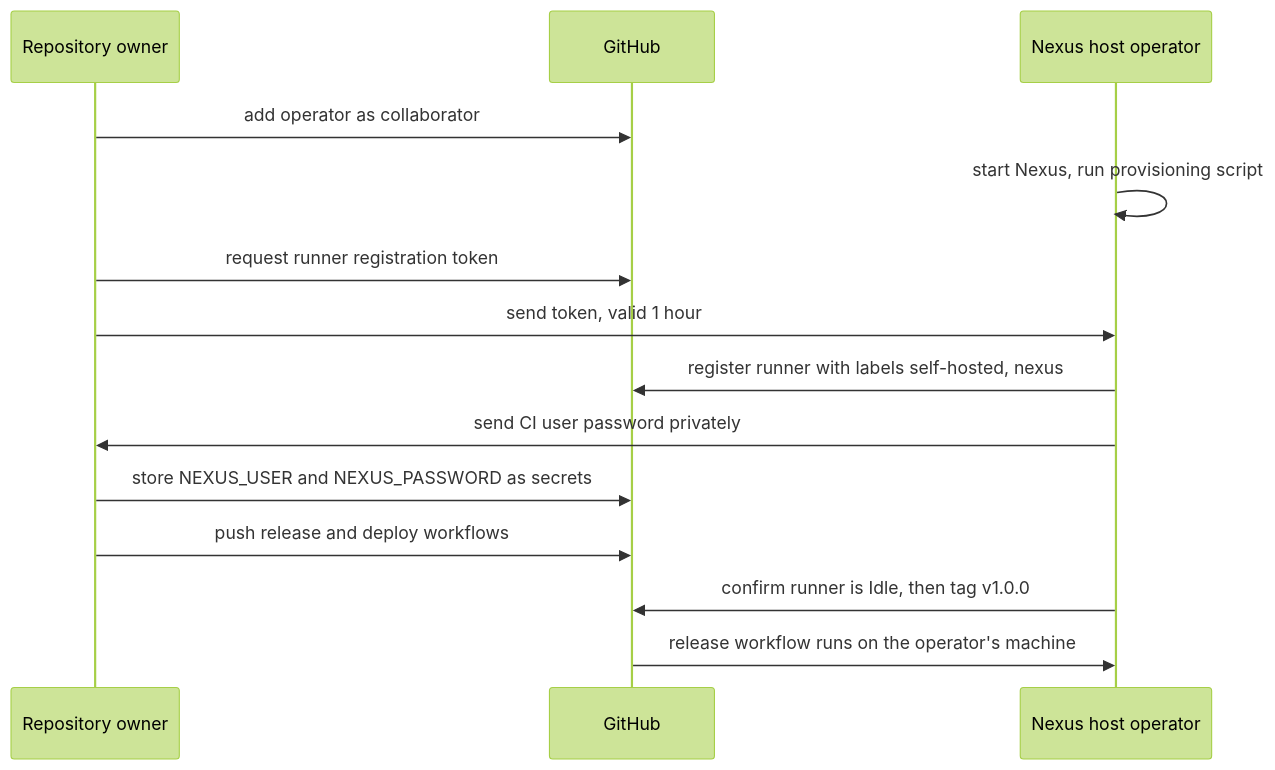
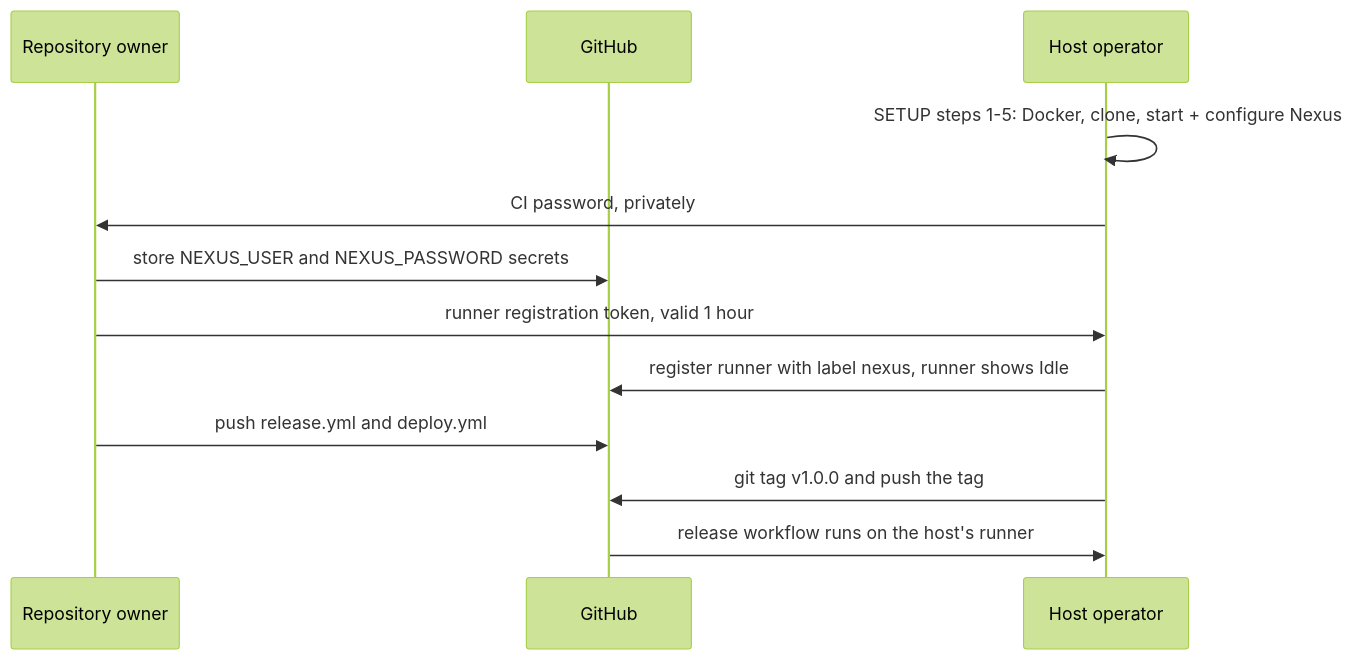
One commit to manaymehta/devops-nexus-pipeline changed the diagram in docs/HANDOFF.md. Above: the diagram before and after it, drawn with Mermaid (forest theme). The commit also changed other lines of this file and 6 other files, not shown here.

First line of the commit message:
docs: step-by-step Nexus host setup guide; update hand-off with verified facts

````diff
--- a/docs/HANDOFF.md
+++ b/docs/HANDOFF.md
@@ -129,17 +155,15 @@
 ```mermaid
 sequenceDiagram
     participant O as Repository owner
     participant GH as GitHub
-    participant H as Nexus host operator
+    participant H as Host operator
 
-    O->>GH: add operator as collaborator
-    H->>H: start Nexus, run provisioning script
-    O->>GH: request runner registration token
-    O->>H: send token, valid 1 hour
-    H->>GH: register runner with labels self-hosted, nexus
-    H->>O: send CI user password privately
-    O->>GH: store NEXUS_USER and NEXUS_PASSWORD as secrets
-    O->>GH: push release and deploy workflows
-    H->>GH: confirm runner is Idle, then tag v1.0.0
-    GH->>H: release workflow runs on the operator's machine
+    H->>H: SETUP steps 1-5: Docker, clone, start + configure Nexus
+    H->>O: CI password, privately
+    O->>GH: store NEXUS_USER and NEXUS_PASSWORD secrets
+    O->>H: runner registration token, valid 1 hour
+    H->>GH: register runner with label nexus, runner shows Idle
+    O->>GH: push release.yml and deploy.yml
+    H->>GH: git tag v1.0.0 and push the tag
+    GH->>H: release workflow runs on the host's runner
 ```
````
